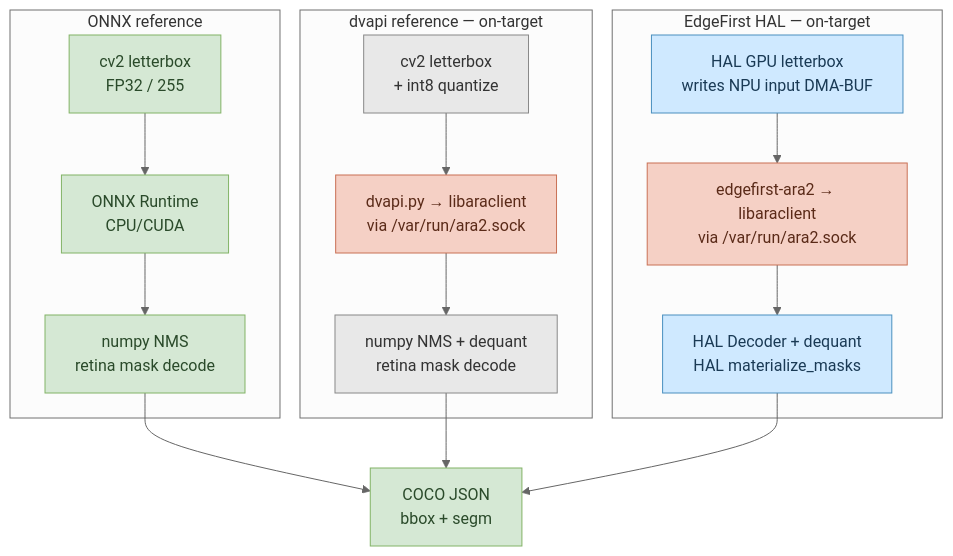
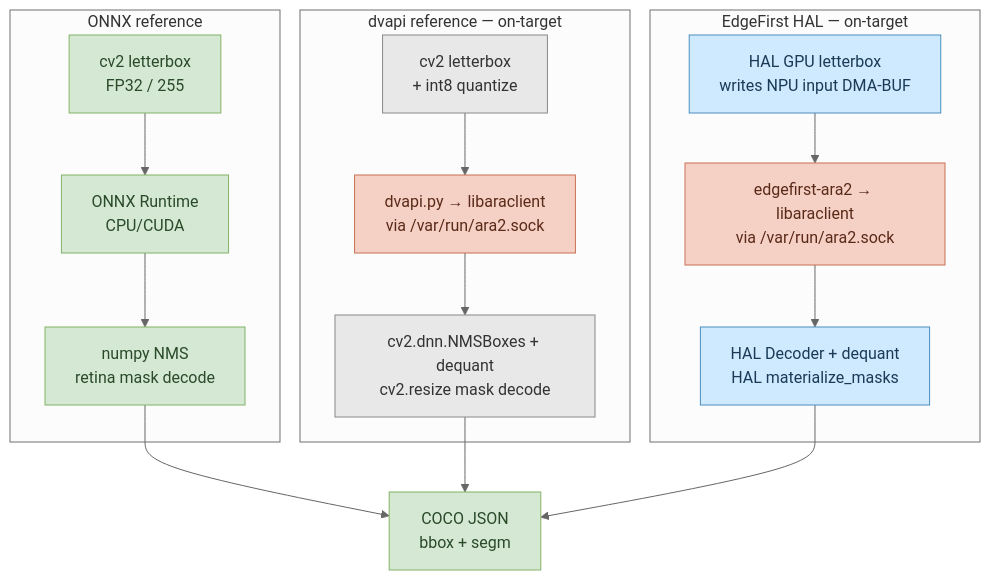
One commit to EdgeFirstAI/ara2-validator changed the diagram in README.md. Above: the diagram before and after it, drawn with Mermaid (neutral theme). The commit also changed other lines of this file and 4 other files, not shown here.

````diff
--- a/README.md
+++ b/README.md
@@ -377,29 +412,29 @@
 ```mermaid
 flowchart TD
     classDef cpu fill:#e8e8e8,stroke:#888,color:#333
     classDef gpu fill:#cfe9ff,stroke:#4a8fbf,color:#1a3a55
     classDef npu fill:#f5d0c5,stroke:#c97155,color:#5a2a18
     classDef host fill:#d5e8d4,stroke:#82b366,color:#2a4a2a
 
     subgraph host_path[ONNX reference]
         H1[cv2 letterbox<br/>FP32 / 255]:::host
         H2[ONNX Runtime<br/>CPU/CUDA]:::host
         H3[numpy NMS<br/>retina mask decode]:::host
     end
 
     subgraph dvapi_path[dvapi reference — on-target]
         D1[cv2 letterbox<br/>+ int8 quantize]:::cpu
         D2[dvapi.py → libaraclient<br/>via /var/run/ara2.sock]:::npu
-        D3[numpy NMS + dequant<br/>retina mask decode]:::cpu
+        D3[cv2.dnn.NMSBoxes + dequant<br/>cv2.resize mask decode]:::cpu
     end
 
     subgraph hal_path[EdgeFirst HAL — on-target]
         E1[HAL GPU letterbox<br/>writes NPU input DMA-BUF]:::gpu
         E2[edgefirst-ara2 → libaraclient<br/>via /var/run/ara2.sock]:::npu
         E3[HAL Decoder + dequant<br/>HAL materialize_masks]:::gpu
     end
 
     H1 --> H2 --> H3 --> COCO[COCO JSON<br/>bbox + segm]:::host
     D1 --> D2 --> D3 --> COCO
     E1 --> E2 --> E3 --> COCO
 ```
````
